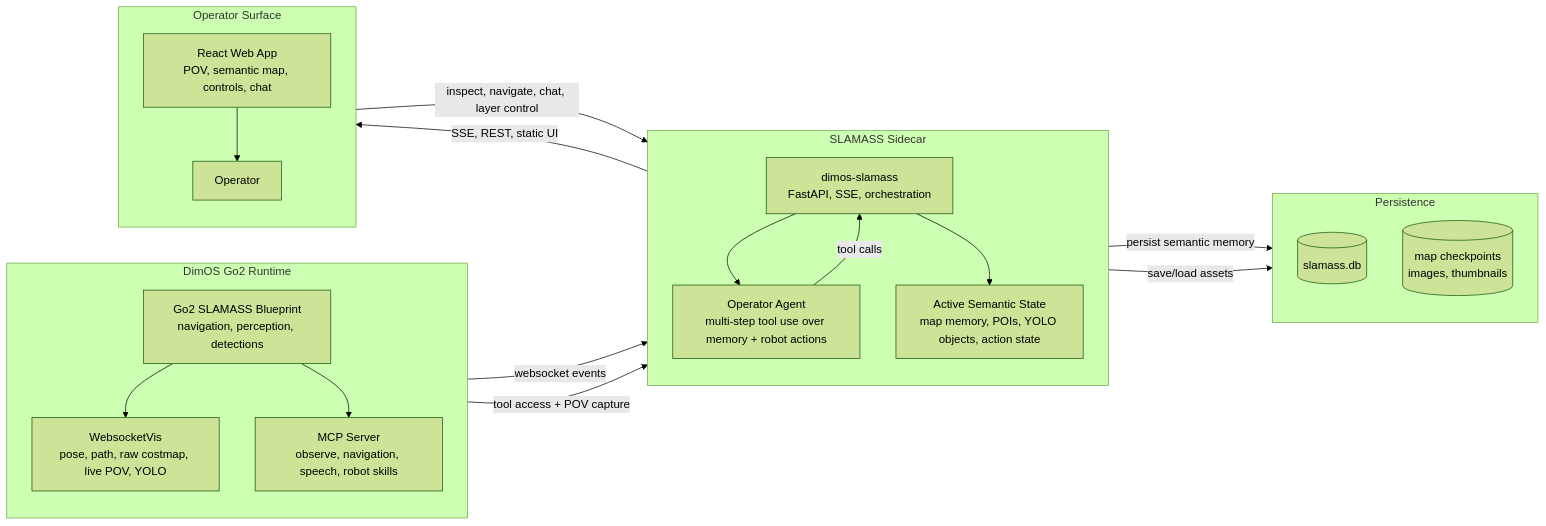
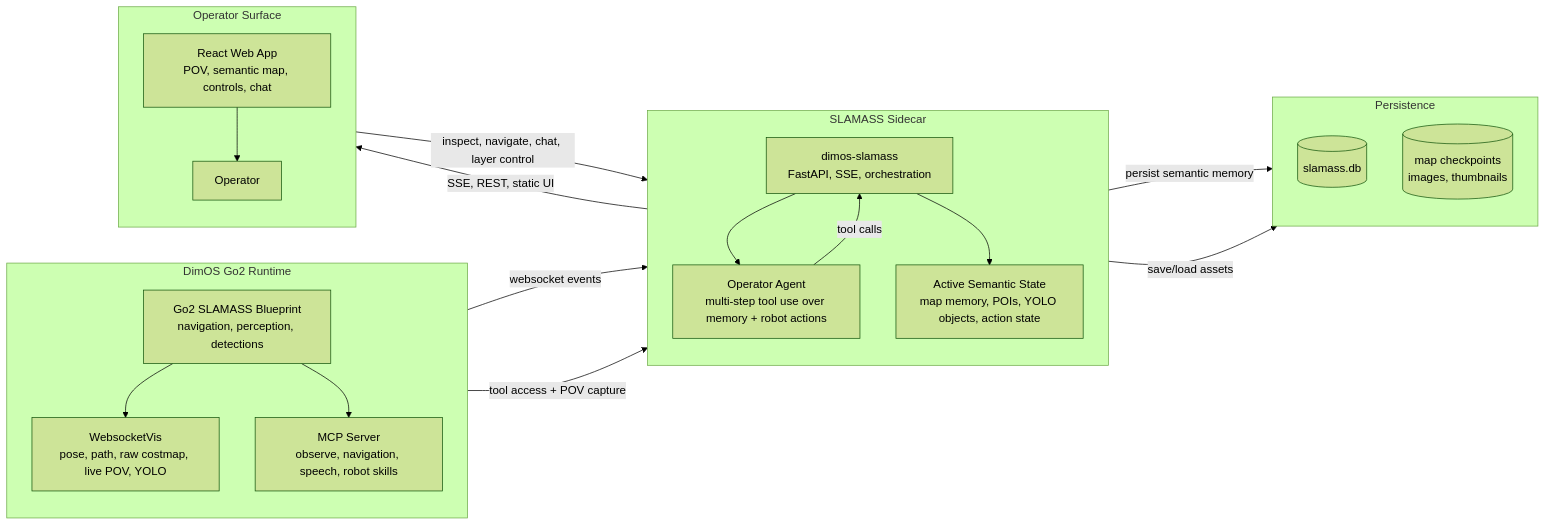
Before and after one commit to sherifnafie/dimos-slamass: the diagram in README.md, drawn with Mermaid (forest theme). The commit also changed 1 other file, not shown here.

Commit message:
docs: reorder SLAMASS diagram layout

````diff
--- a/README.md
+++ b/README.md
@@ -38,41 +38,42 @@
 ```mermaid
 flowchart LR
     subgraph Runtime["DimOS Go2 Runtime"]
         direction TB
         Robot[Go2 SLAMASS Blueprint<br/>navigation, perception, detections]
         Vis[WebsocketVis<br/>pose, path, raw costmap, live POV, YOLO]
         MCP[MCP Server<br/>observe, navigation, speech, robot skills]
         Robot --> Vis
         Robot --> MCP
     end
 
     subgraph Sidecar["SLAMASS Sidecar"]
         direction TB
         Service[dimos-slamass<br/>FastAPI, SSE, orchestration]
         Agent[Operator Agent<br/>multi-step tool use over memory + robot actions]
         Memory[Active Semantic State<br/>map memory, POIs, YOLO objects, action state]
         Service --> Agent
         Agent -->|tool calls| Service
         Service --> Memory
     end
 
-    subgraph Persistence["Persistence"]
-        direction TB
-        DB[(slamass.db)]
-        Assets[(map checkpoints<br/>images, thumbnails)]
-    end
-
     subgraph Frontend["Operator Surface"]
         direction TB
         UI[React Web App<br/>POV, semantic map, controls, chat]
         Operator[Operator]
         UI --> Operator
     end
 
+    subgraph Persistence["Persistence"]
+        direction TB
+        DB[(slamass.db)]
+        Assets[(map checkpoints<br/>images, thumbnails)]
+    end
+
     Vis -->|websocket events| Service
     MCP -->|tool access + POV capture| Service
     Service -->|SSE, REST, static UI| UI
     UI -->|inspect, navigate, chat, layer control| Service
+    UI ~~~ DB
     Service -->|persist semantic memory| DB
     Service -->|save/load assets| Assets
 ```
````
